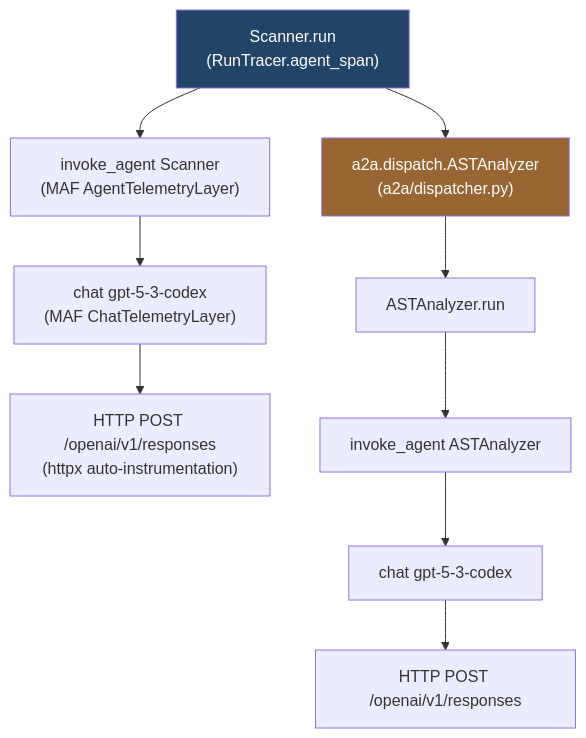
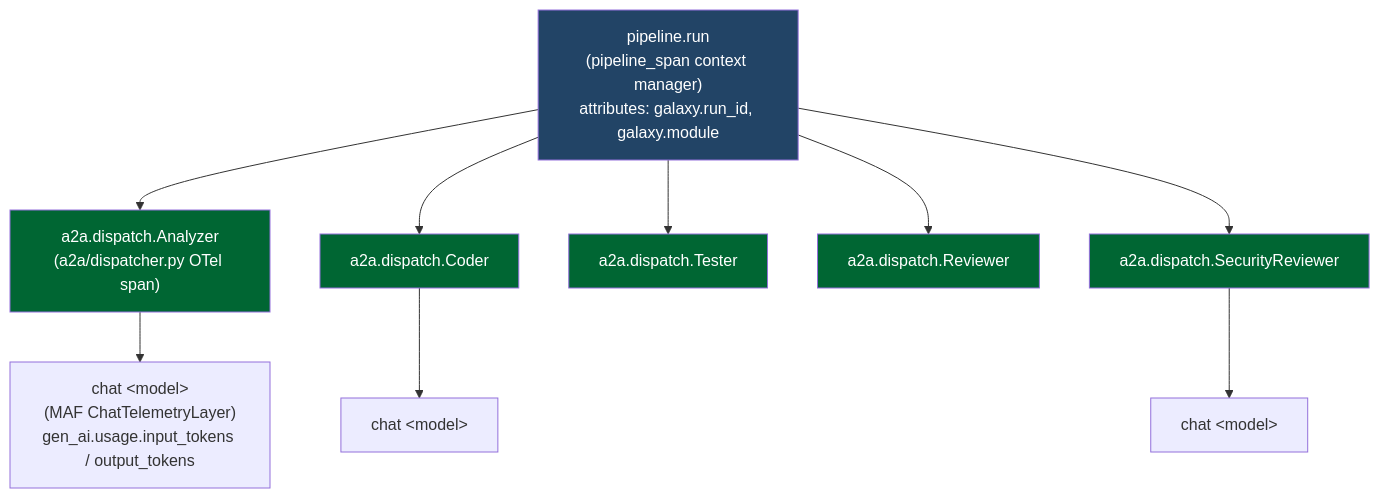
The fourth of 11 diagrams in docs/architecture.md (rlpatrao/agent-gov-sec), drawn with Mermaid before and after one commit. The commit also changed other lines of this file and 128 other files, not shown here.

````diff
--- a/docs/architecture.md
+++ b/docs/architecture.md
@@ -255,15 +255,19 @@
 ```mermaid
 flowchart TB
-  Root["Scanner.run<br/>(RunTracer.agent_span)"]
-  Root --> SInvoke["invoke_agent Scanner<br/>(MAF AgentTelemetryLayer)"]
-  SInvoke --> SChat["chat gpt-5-3-codex<br/>(MAF ChatTelemetryLayer)"]
-  SChat --> SHttp["HTTP POST /openai/v1/responses<br/>(httpx auto-instrumentation)"]
-  Root --> A2A["a2a.dispatch.ASTAnalyzer<br/>(a2a/dispatcher.py)"]
-  A2A --> ARun["ASTAnalyzer.run"]
-  ARun --> AInvoke["invoke_agent ASTAnalyzer"]
-  AInvoke --> AChat["chat gpt-5-3-codex"]
-  AChat --> AHttp["HTTP POST /openai/v1/responses"]
+  Root["pipeline.run\n(pipeline_span context manager)\nattributes: galaxy.run_id, galaxy.module"]
+  Root --> A2AAna["a2a.dispatch.Analyzer\n(a2a/dispatcher.py OTel span)"]
+  A2AAna --> AnaLLM["chat &lt;model&gt;\n(MAF ChatTelemetryLayer)\ngen_ai.usage.input_tokens / output_tokens"]
+  Root --> A2ACod["a2a.dispatch.Coder"]
+  A2ACod --> CodLLM["chat &lt;model&gt;"]
+  Root --> A2ATes["a2a.dispatch.Tester"]
+  Root --> A2ARev["a2a.dispatch.Reviewer"]
+  Root --> A2ASec["a2a.dispatch.SecurityReviewer"]
+  A2ASec --> SecLLM["chat &lt;model&gt;"]
 
   style Root fill:#246,color:#fff
-  style A2A fill:#963,color:#fff
+  style A2AAna fill:#063,color:#fff
+  style A2ACod fill:#063,color:#fff
+  style A2ATes fill:#063,color:#fff
+  style A2ARev fill:#063,color:#fff
+  style A2ASec fill:#063,color:#fff
 ```
````
